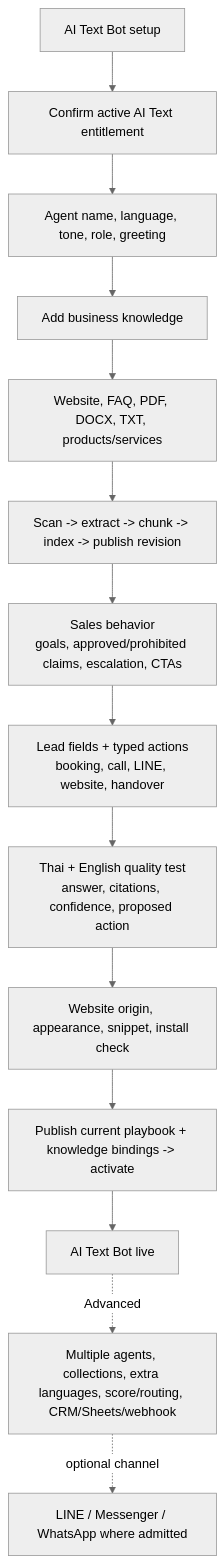
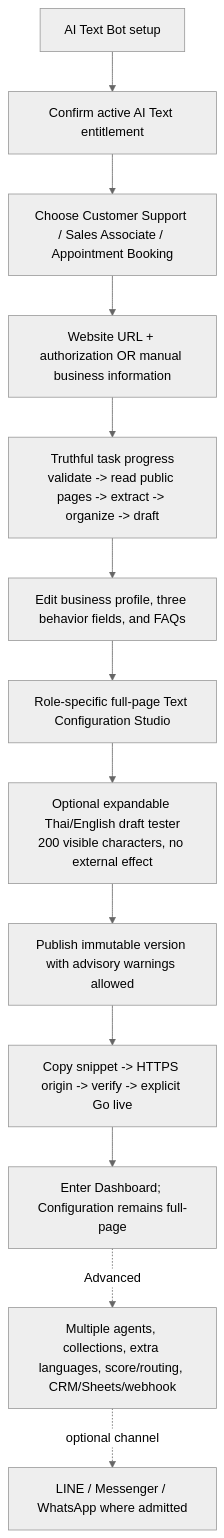
The eighth of 23 diagrams in DJAY_Bot_SaaS_Platform/docs/architecture/djay-bots-system-map.md (lovecatisgood-sudo/DJ_Academy_Webpromo_Voice), drawn with Mermaid (neutral theme) before and after one commit. The commit also changed other lines of this file and 75 other files, not shown here.

````diff
--- a/DJAY_Bot_SaaS_Platform/docs/architecture/djay-bots-system-map.md
+++ b/DJAY_Bot_SaaS_Platform/docs/architecture/djay-bots-system-map.md
@@ -289,17 +305,16 @@
 ```mermaid
 flowchart TD
     TEXTSTART["AI Text Bot setup"] --> TEXTACCESS["Confirm active AI Text entitlement"]
-    TEXTACCESS --> TEXTIDENTITY["Agent name, language, tone, role, greeting"]
-    TEXTIDENTITY --> KNOWLEDGE["Add business knowledge"]
-    KNOWLEDGE --> SOURCES["Website, FAQ, PDF, DOCX, TXT, products/services"]
-    SOURCES --> INGEST["Scan -> extract -> chunk -> index -> publish revision"]
-    INGEST --> BEHAVIOR["Sales behavior\ngoals, approved/prohibited claims, escalation, CTAs"]
-    BEHAVIOR --> ACTIONS["Lead fields + typed actions\nbooking, call, LINE, website, handover"]
-    ACTIONS --> TEXTTEST["Thai + English quality test\nanswer, citations, confidence, proposed action"]
-    TEXTTEST --> TEXTDEPLOY["Website origin, appearance, snippet, install check"]
-    TEXTDEPLOY --> TEXTPUBLISH["Publish current playbook + knowledge bindings -> activate"]
-    TEXTPUBLISH --> TEXTLIVE["AI Text Bot live"]
+    TEXTACCESS --> ROLE["Choose Customer Support / Sales Associate / Appointment Booking"]
+    ROLE --> SOURCE["Website URL + authorization OR manual business information"]
+    SOURCE --> INGEST["Truthful task progress\nvalidate -> read public pages -> extract -> organize -> draft"]
+    INGEST --> REVIEW["Edit business profile, three behavior fields, and FAQs"]
+    REVIEW --> STUDIO["Role-specific full-page Text Configuration Studio"]
+    STUDIO --> TEXTTEST["Optional expandable Thai/English draft tester\n200 visible characters, no external effect"]
+    TEXTTEST --> TEXTPUBLISH["Publish immutable version with advisory warnings allowed"]
+    TEXTPUBLISH --> TEXTDEPLOY["Copy snippet -> HTTPS origin -> verify -> explicit Go live"]
+    TEXTDEPLOY --> TEXTLIVE["Enter Dashboard; Configuration remains full-page"]
 
     TEXTLIVE -. "Advanced" .-> TEXTADV["Multiple agents, collections, extra languages, score/routing, CRM/Sheets/webhook"]
     TEXTADV -. "optional channel" .-> SOCIAL["LINE / Messenger / WhatsApp where admitted"]
 ```
````
